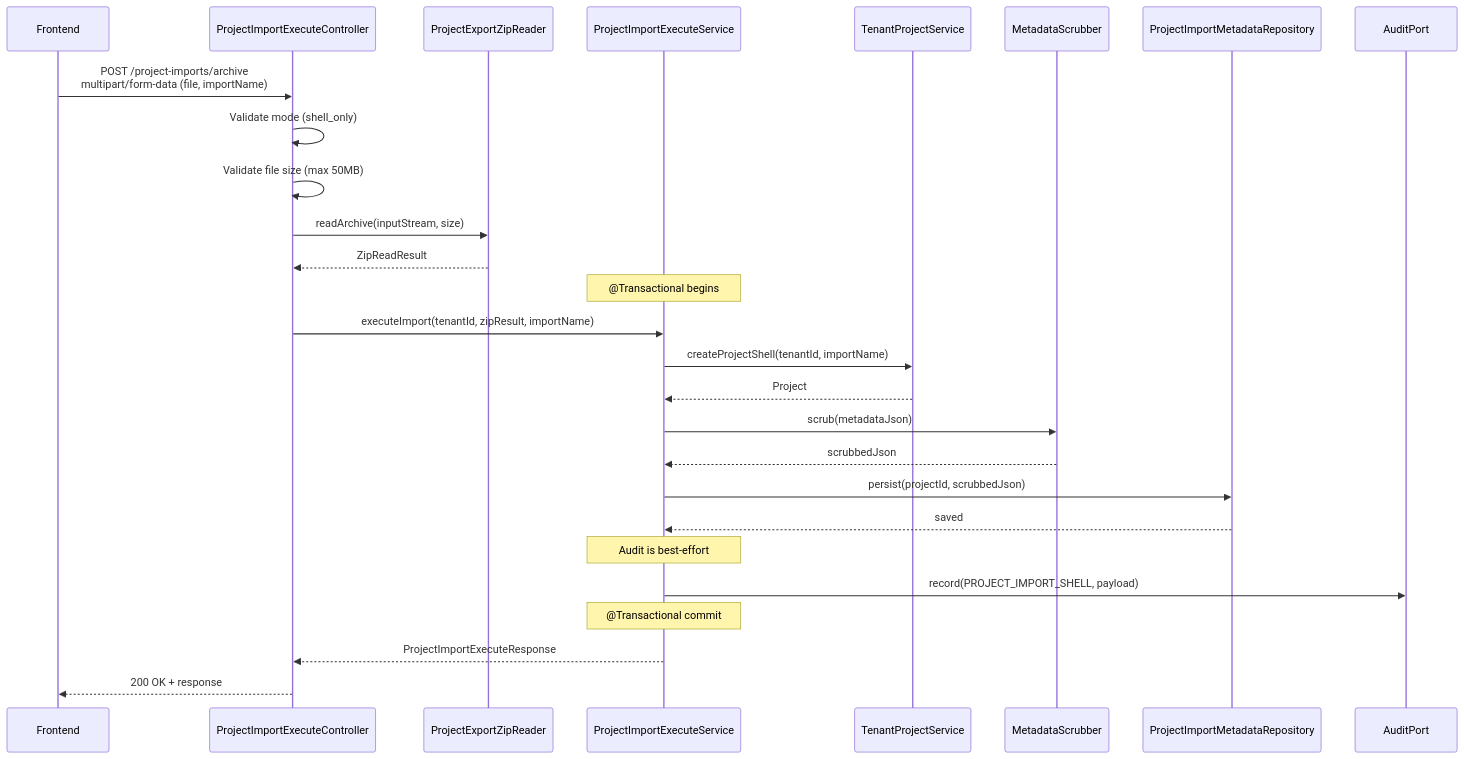
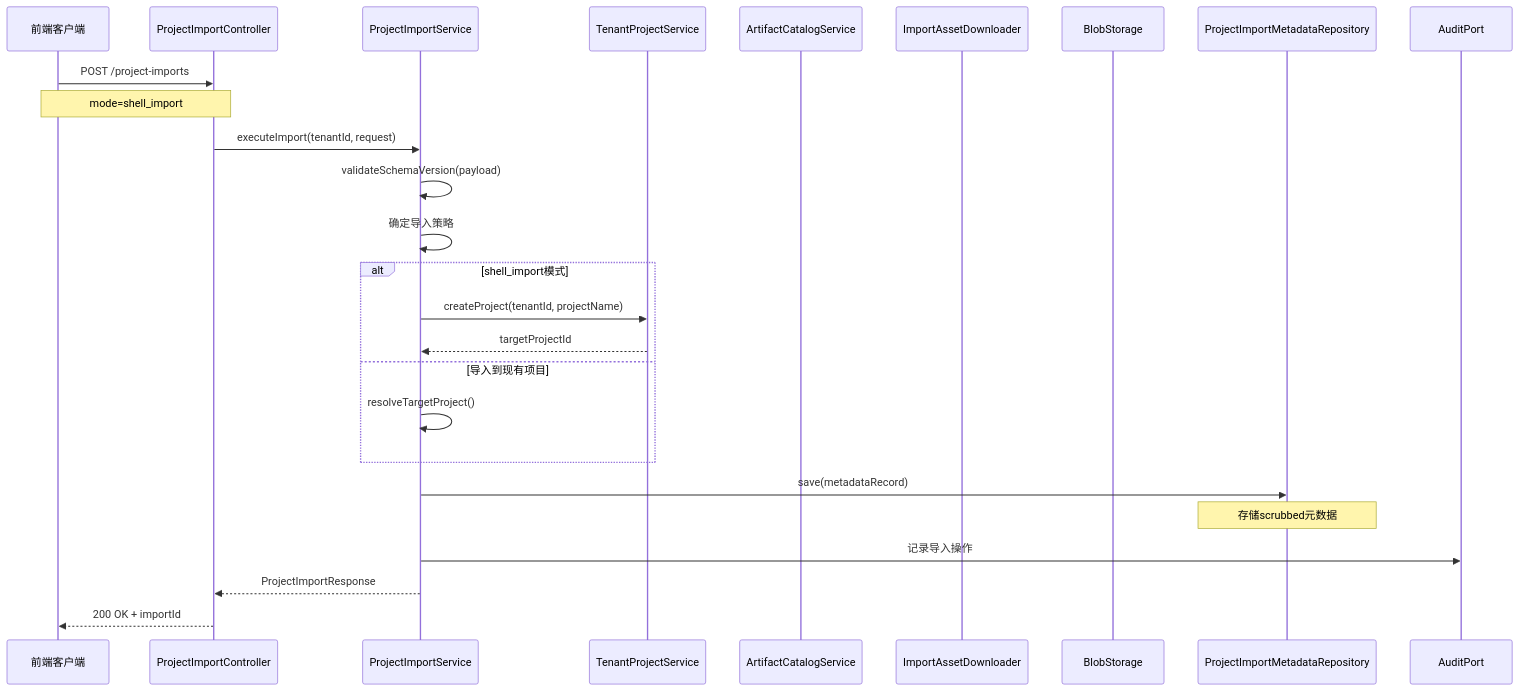
One commit to shangxq007/media-platform changed the sixth of 8 diagrams in docs/architecture/p4-import-export-architecture.md. Above: the diagram before and after it, drawn with Mermaid. The commit also changed other lines of this file and 6 other files, not shown here.

First line of the commit message:
docs: restructure P4 Import/Export Pipeline documentation

````diff
--- a/docs/architecture/p4-import-export-architecture.md
+++ b/docs/architecture/p4-import-export-architecture.md
@@ -262,33 +352,34 @@
 ```mermaid
 sequenceDiagram
-    participant FE as Frontend
-    participant Ctrl as ProjectImportExecuteController
-    participant Reader as ProjectExportZipReader
-    participant Svc as ProjectImportExecuteService
+    participant Client as 前端客户端
+    participant Ctrl as ProjectImportController
+    participant Svc as ProjectImportService
     participant Proj as TenantProjectService
-    participant Scrub as MetadataScrubber
-    participant DB as ProjectImportMetadataRepository
+    participant Art as ArtifactCatalogService
+    participant DL as ImportAssetDownloader
+    participant Store as BlobStorage
+    participant Meta as ProjectImportMetadataRepository
     participant Audit as AuditPort
 
-    FE->>Ctrl: POST /project-imports/archive<br/>multipart/form-data (file, importName)
-    Ctrl->>Ctrl: Validate mode (shell_only)
-    Ctrl->>Ctrl: Validate file size (max 50MB)
-    Ctrl->>Reader: readArchive(inputStream, size)
-    Reader-->>Ctrl: ZipReadResult
+    Client->>Ctrl: POST /project-imports
+    Note over Client,Ctrl: mode=shell_import
 
-    Note over Svc: @Transactional begins
-    Ctrl->>Svc: executeImport(tenantId, zipResult, importName)
-    Svc->>Proj: createProjectShell(tenantId, importName)
-    Proj-->>Svc: Project
-    Svc->>Scrub: scrub(metadataJson)
-    Scrub-->>Svc: scrubbedJson
-    Svc->>DB: persist(projectId, scrubbedJson)
-    DB-->>Svc: saved
+    Ctrl->>Svc: executeImport(tenantId, request)
+    Svc->>Svc: validateSchemaVersion(payload)
+    Svc->>Svc: 确定导入策略
 
-    Note over Svc: Audit is best-effort
-    Svc->>Audit: record(PROJECT_IMPORT_SHELL, payload)
-    Note over Svc: @Transactional commit
+    alt shell_import模式
+        Svc->>Proj: createProject(tenantId, projectName)
+        Proj-->>Svc: targetProjectId
+    else 导入到现有项目
+        Svc->>Svc: resolveTargetProject()
+    end
 
-    Svc-->>Ctrl: ProjectImportExecuteResponse
-    Ctrl-->>FE: 200 OK + response
+    Svc->>Meta: save(metadataRecord)
+    Note over Meta: 存储scrubbed元数据
+
+    Svc->>Audit: 记录导入操作
+    Svc-->>Ctrl: ProjectImportResponse
+
+    Ctrl-->>Client: 200 OK + importId
 ```
````
